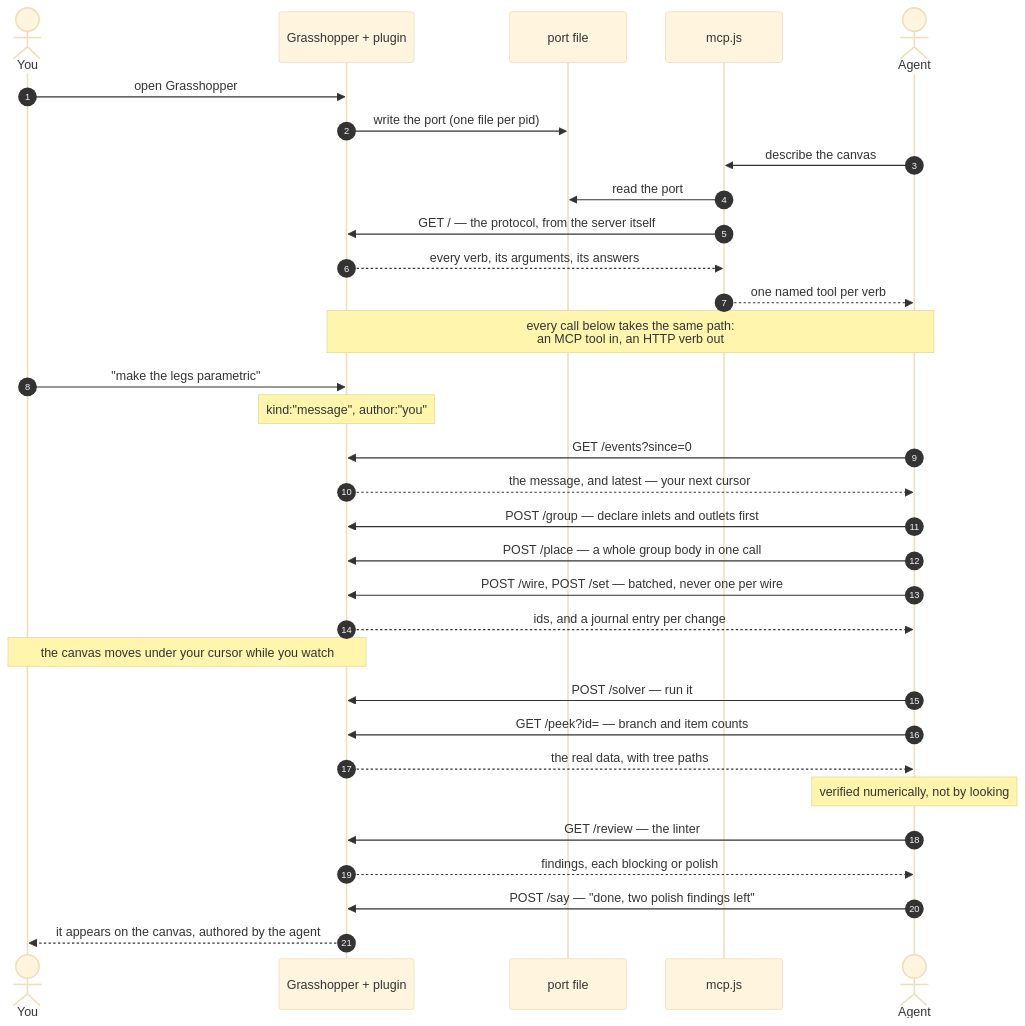
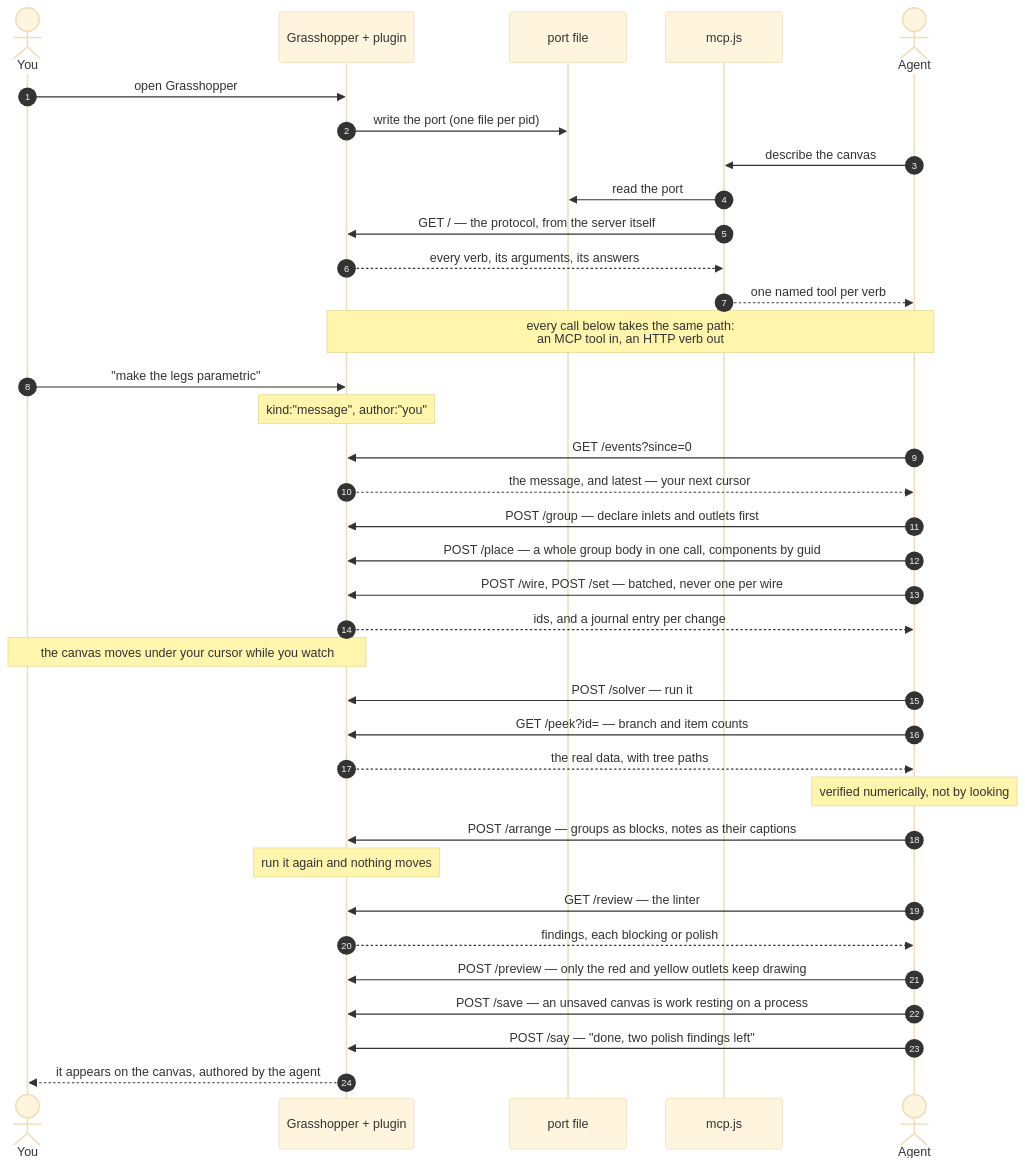
Before and after one commit to theObjectCo/Phenome: the second of 3 diagrams in README.md, drawn with Mermaid (base theme). The commit also changed other lines of this file and 2 other files, not shown here.

````diff
--- a/README.md
+++ b/README.md
@@ -171,43 +176,49 @@
 ```mermaid
 sequenceDiagram
     autonumber
     actor H as You
     participant GH as Grasshopper + plugin
     participant P as port file
     participant M as mcp.js
     actor A as Agent
 
     H->>GH: open Grasshopper
     GH->>P: write the port (one file per pid)
 
     A->>M: describe the canvas
     M->>P: read the port
     M->>GH: GET / — the protocol, from the server itself
     GH-->>M: every verb, its arguments, its answers
     M-->>A: one named tool per verb
 
     Note over A,GH: every call below takes the same path:<br/>an MCP tool in, an HTTP verb out
 
     H->>GH: "make the legs parametric"
     Note over GH: kind:"message", author:"you"
 
     A->>GH: GET /events?since=0
     GH-->>A: the message, and latest — your next cursor
 
     A->>GH: POST /group — declare inlets and outlets first
-    A->>GH: POST /place — a whole group body in one call
+    A->>GH: POST /place — a whole group body in one call, components by guid
     A->>GH: POST /wire, POST /set — batched, never one per wire
     GH-->>A: ids, and a journal entry per change
 
     Note over H,GH: the canvas moves under your cursor while you watch
 
     A->>GH: POST /solver — run it
     A->>GH: GET /peek?id= — branch and item counts
     GH-->>A: the real data, with tree paths
     Note over A: verified numerically, not by looking
 
+    A->>GH: POST /arrange — groups as blocks, notes as their captions
+    Note over GH: run it again and nothing moves
+
     A->>GH: GET /review — the linter
     GH-->>A: findings, each blocking or polish
+
+    A->>GH: POST /preview — only the red and yellow outlets keep drawing
+    A->>GH: POST /save — an unsaved canvas is work resting on a process
     A->>GH: POST /say — "done, two polish findings left"
     GH-->>H: it appears on the canvas, authored by the agent
 ```
````
